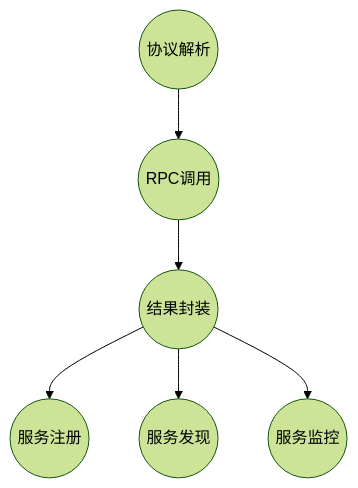
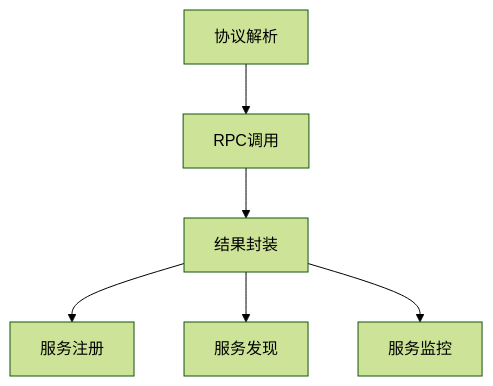
The third of 8 diagrams in README.md (kaori-seasons/taobao-api-gateway), drawn with Mermaid (forest theme) before and after one commit. The commit also changed other lines of this file and 1 other file, not shown here.

````diff
--- a/README.md
+++ b/README.md
@@ -42,11 +42,14 @@
 ```mermaid
 graph TD
-    ProtocolParsing((协议解析))
-    RPCInvocation((RPC调用))
-    ResultPackaging((结果封装))
+    ProtocolParsing[协议解析]
+    RPCInvocation[RPC调用]
+    ResultPackaging[结果封装]
+    ServiceRegistration[服务注册]
+    ServiceDiscovery[服务发现]
+    ServiceMonitoring[服务监控]
     ProtocolParsing --> RPCInvocation
     RPCInvocation --> ResultPackaging
-    ResultPackaging --> ServiceRegistration((服务注册))
-    ResultPackaging --> ServiceDiscovery((服务发现))
-    ResultPackaging --> ServiceMonitoring((服务监控))
+    ResultPackaging --> ServiceRegistration
+    ResultPackaging --> ServiceDiscovery
+    ResultPackaging --> ServiceMonitoring
 ```
````
